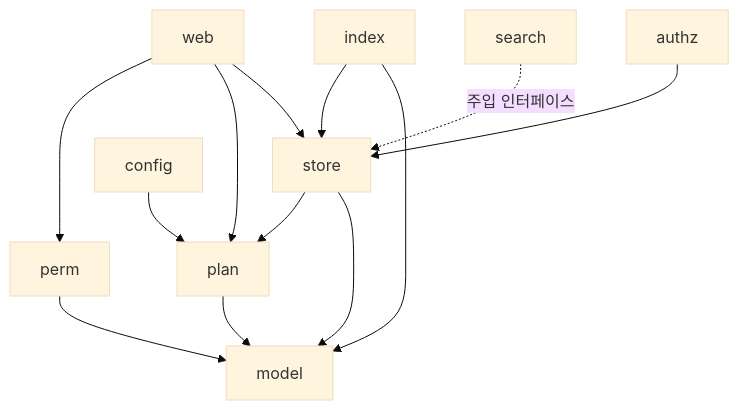
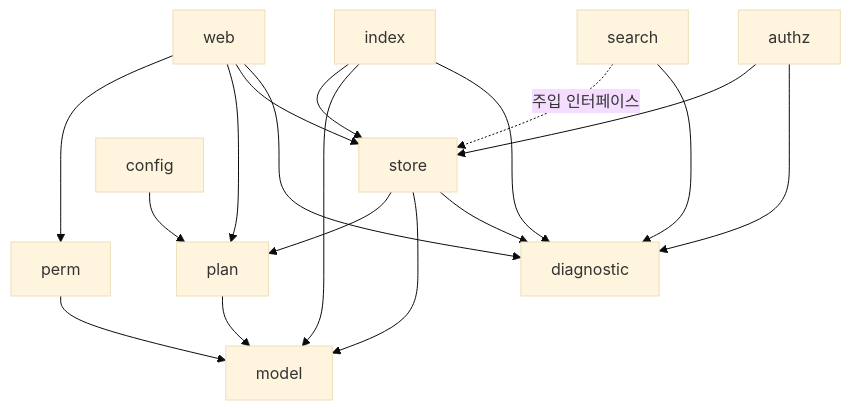
One commit to Alpha-gone/agent-context-sharing changed the second of 2 diagrams in spec/service/agent-context/sdd/architecture.md. Above: the diagram before and after it, drawn with Mermaid (base theme). The commit also changed other lines of this file and 54 other files, not shown here.

````diff
--- a/spec/service/agent-context/sdd/architecture.md
+++ b/spec/service/agent-context/sdd/architecture.md
@@ -108,24 +108,30 @@
 ```mermaid
 flowchart TB
     Web[web]
     Search[search]
     Perm[perm]
     Authz[authz]
     Index[index]
     Store[store]
     Plan[plan]
     Model[model]
     Config[config]
+    Diagnostic[diagnostic]
     Web --> Perm
     Web --> Plan
     Web --> Store
     Search -. 주입 인터페이스 .-> Store
     Perm --> Model
     Index --> Store
     Index --> Model
     Authz --> Store
     Config --> Plan
     Store --> Plan
     Store --> Model
     Plan --> Model
+    Web --> Diagnostic
+    Search --> Diagnostic
+    Authz --> Diagnostic
+    Index --> Diagnostic
+    Store --> Diagnostic
 ```
````
